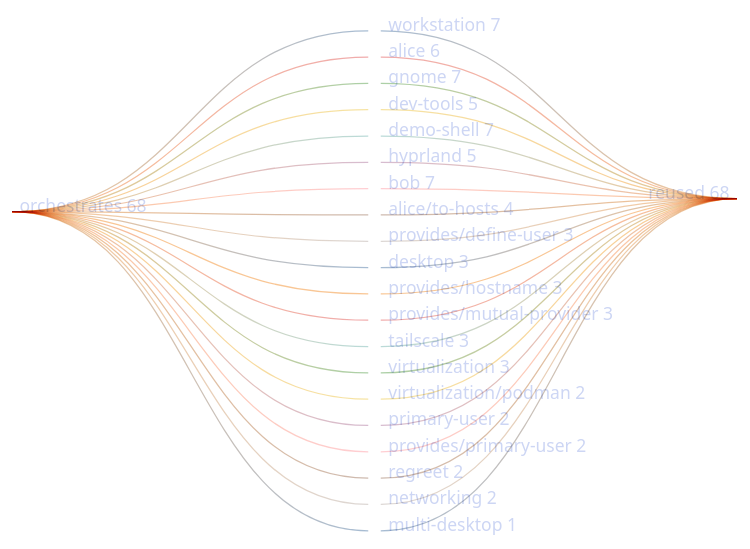
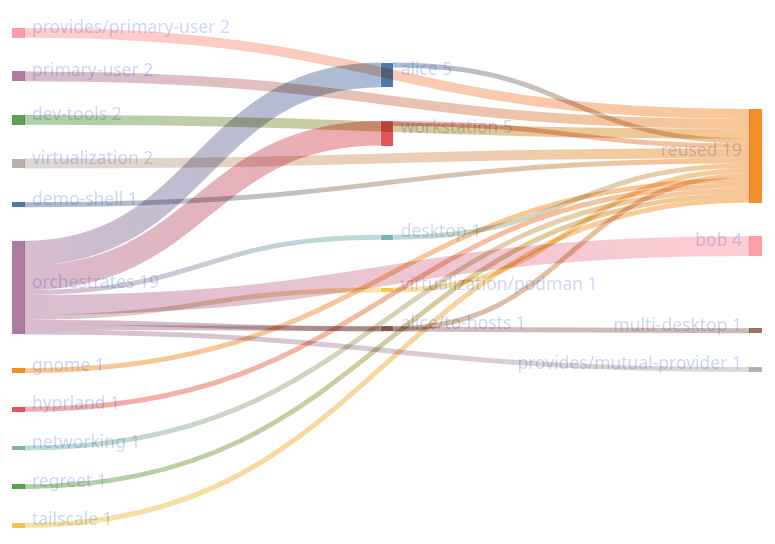
One commit to sini/den changed the diagram in templates/diag-fx-demo/diagrams/multi-desktop-fan.md. Above: the diagram before and after it, drawn with Mermaid. The commit also changed 849 other files, not shown here.

Commit message:
chore: update fx diagrams

````diff
--- a/templates/diag-fx-demo/diagrams/multi-desktop-fan.md
+++ b/templates/diag-fx-demo/diagrams/multi-desktop-fan.md
@@ -5,45 +5,28 @@
 ```mermaid
 %%{init: {"theme":"base","themeVariables":{"activationBkgColor":"#313244","activationBorderColor":"#6c7086","actorBkg":"#313244","actorBorder":"#a6adc8","actorLineColor":"#a6adc8","actorTextColor":"#cdd6f4","background":"#1e1e2e","classText":"#cdd6f4","clusterBkg":"#313244","clusterBorder":"#6c7086","edgeLabelBackground":"#1e1e2e","labelBoxBkgColor":"#313244","labelBoxBorderColor":"#a6adc8","labelTextColor":"#cdd6f4","lineColor":"#a6adc8","loopTextColor":"#cdd6f4","mainBkg":"#313244","nodeBkg":"#313244","nodeBorder":"#a6adc8","nodeTextColor":"#cdd6f4","noteBkgColor":"#313244","noteBorderColor":"#6c7086","noteTextColor":"#cdd6f4","pie1":"#f38ba8","pie2":"#fab387","pie3":"#f9e2af","pie4":"#a6e3a1","pie5":"#94e2d5","pie6":"#89b4fa","pie7":"#cba6f7","pie8":"#f2cdcd","pieLegendTextColor":"#cdd6f4","pieOuterStrokeColor":"#6c7086","pieSectionTextColor":"#cdd6f4","pieStrokeColor":"#6c7086","pieTitleTextColor":"#cdd6f4","primaryBorderColor":"#a6adc8","primaryColor":"#313244","primaryTextColor":"#cdd6f4","secondBkg":"#313244","secondaryBorderColor":"#6c7086","secondaryColor":"#313244","secondaryTextColor":"#cdd6f4","sequenceNumberColor":"#1e1e2e","signalColor":"#a6adc8","signalTextColor":"#cdd6f4","tertiaryBorderColor":"#6c7086","tertiaryColor":"#313244","tertiaryTextColor":"#cdd6f4","textColor":"#cdd6f4","titleColor":"#cdd6f4"}}}%%
 sankey-beta
 
-"workstation","reused",7
-"alice","reused",6
-"demo-shell","reused",7
-"gnome","reused",7
-"dev-tools","reused",5
-"hyprland","reused",5
-"bob","reused",1
-"alice/to-hosts","reused",3
-"provides/define-user","reused",3
-"desktop","reused",3
-"provides/hostname","reused",3
-"provides/mutual-provider","reused",3
-"tailscale","reused",2
-"virtualization","reused",3
-"virtualization/podman","reused",2
+"alice","reused",1
+"workstation","reused",1
+"desktop","reused",1
+"dev-tools","reused",2
+"virtualization/podman","reused",1
 "primary-user","reused",2
 "provides/primary-user","reused",2
-"regreet","reused",2
+"alice/to-hosts","reused",1
+"virtualization","reused",2
+"demo-shell","reused",1
+"gnome","reused",1
+"hyprland","reused",1
 "networking","reused",1
-"multi-desktop","reused",1
-"orchestrates","workstation",6
-"orchestrates","alice",6
-"orchestrates","demo-shell",4
-"orchestrates","gnome",4
-"orchestrates","dev-tools",5
-"orchestrates","hyprland",4
-"orchestrates","bob",7
-"orchestrates","alice/to-hosts",4
-"orchestrates","provides/define-user",3
-"orchestrates","desktop",3
-"orchestrates","provides/hostname",3
-"orchestrates","provides/mutual-provider",3
-"orchestrates","tailscale",3
-"orchestrates","virtualization",2
-"orchestrates","virtualization/podman",2
-"orchestrates","primary-user",2
-"orchestrates","provides/primary-user",2
-"orchestrates","regreet",2
-"orchestrates","networking",2
+"regreet","reused",1
+"tailscale","reused",1
+"orchestrates","alice",5
+"orchestrates","workstation",5
+"orchestrates","bob",4
+"orchestrates","desktop",1
+"orchestrates","virtualization/podman",1
+"orchestrates","alice/to-hosts",1
 "orchestrates","multi-desktop",1
+"orchestrates","provides/mutual-provider",1
 ```
````
